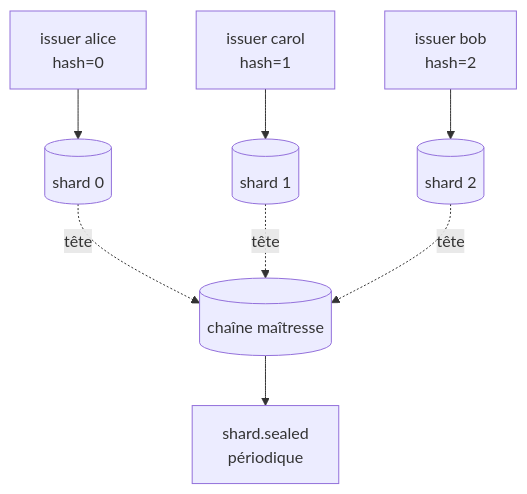
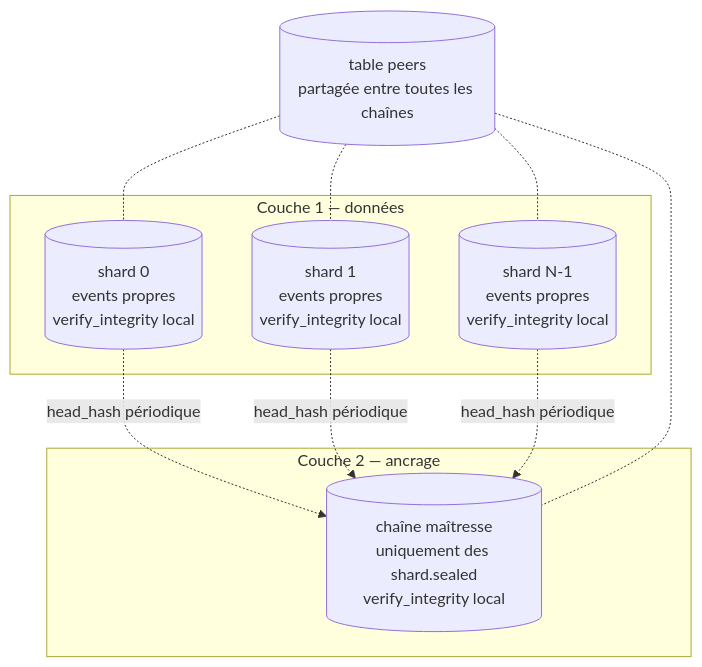
The diagram in docs/scale/SHARDING.md (venantvr-ia/Python.Blockchain.EventStore), drawn with Mermaid before and after one commit. The commit also changed other lines of this file, not shown here.

````diff
--- a/docs/scale/SHARDING.md
+++ b/docs/scale/SHARDING.md
@@ -24,10 +26,19 @@
 ```mermaid
 flowchart TB
-    I1[issuer alice<br/>hash=0] --> S0[(shard 0)]
-    I2[issuer bob<br/>hash=2] --> S2_db[(shard 2)]
-    I3[issuer carol<br/>hash=1] --> S1[(shard 1)]
-    S0 -.tête.-> M[(chaîne maîtresse)]
-    S1 -.tête.-> M
-    S2_db -.tête.-> M
-    M --> Seal[shard.sealed<br/>périodique]
+    subgraph Couche1[Couche 1 — données]
+        S0[(shard 0<br/>events propres<br/>verify_integrity local)]
+        S1[(shard 1<br/>events propres<br/>verify_integrity local)]
+        SN[(shard N-1<br/>events propres<br/>verify_integrity local)]
+    end
+    subgraph Couche2[Couche 2 — ancrage]
+        M[(chaîne maîtresse<br/>uniquement des shard.sealed<br/>verify_integrity local)]
+    end
+    S0 -.head_hash périodique.-> M
+    S1 -.head_hash périodique.-> M
+    SN -.head_hash périodique.-> M
+    P[(table peers<br/>partagée entre toutes les chaînes)]
+    P -.- S0
+    P -.- S1
+    P -.- SN
+    P -.- M
 ```
````
